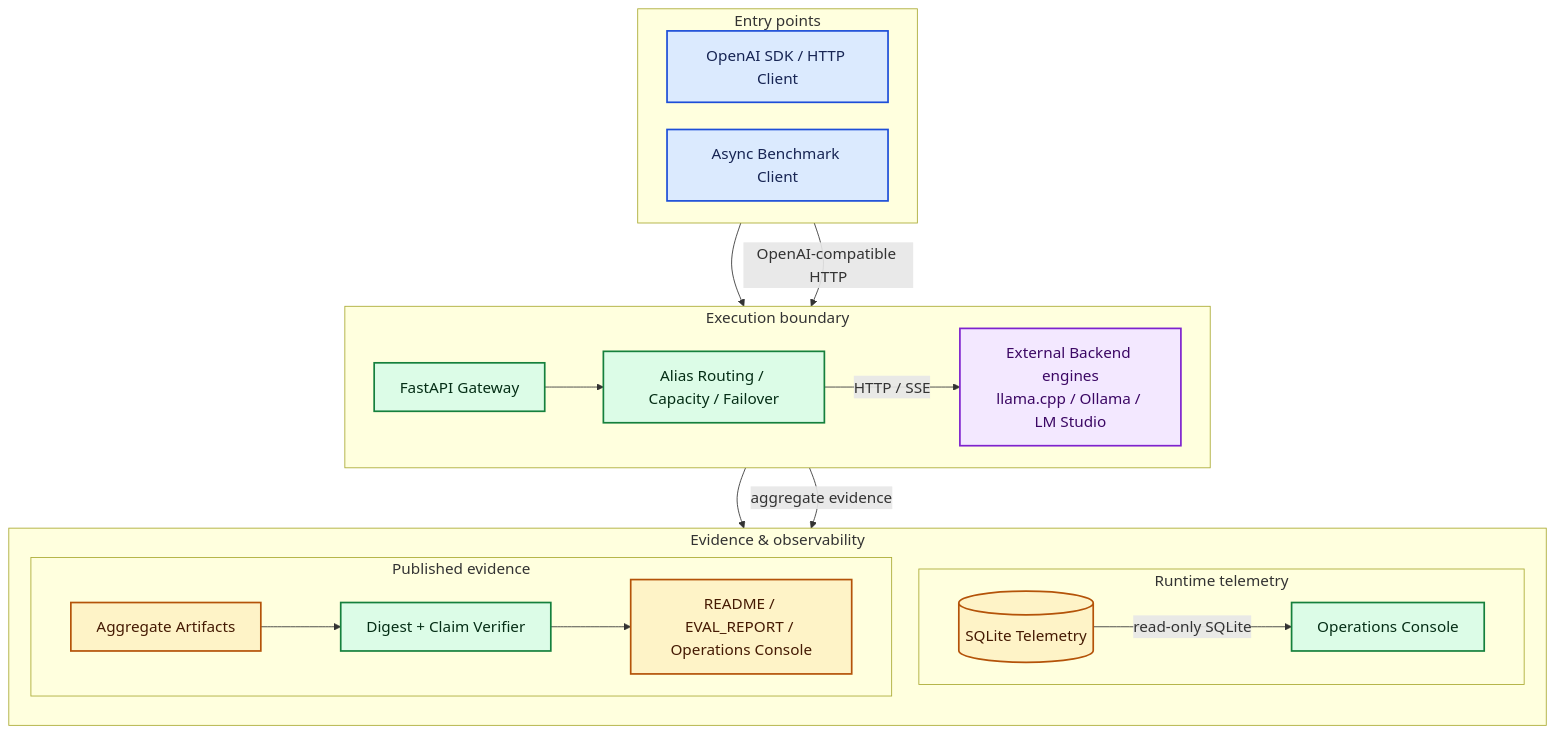
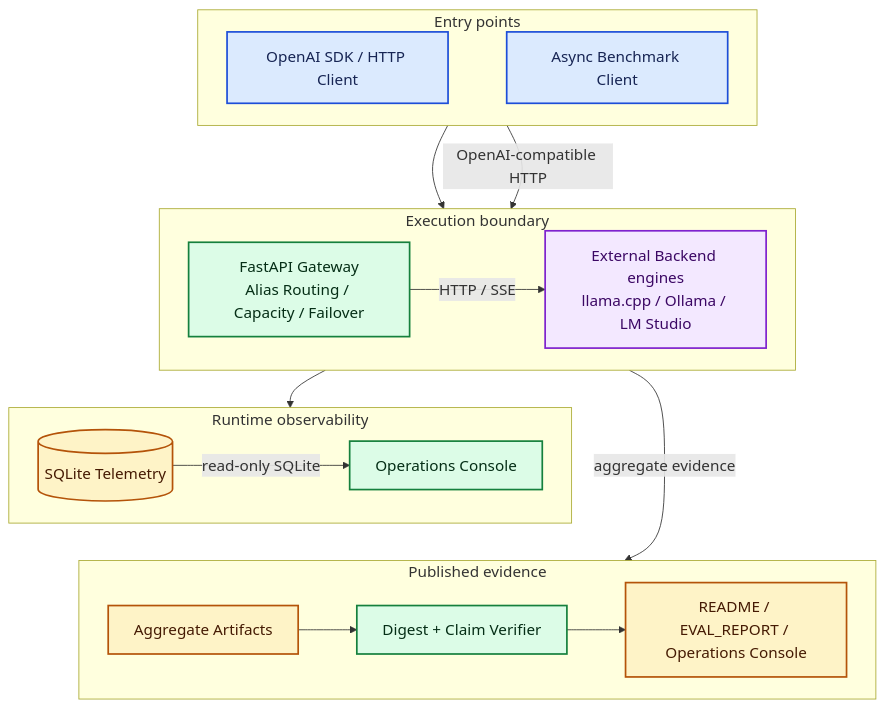
The first of 3 diagrams in README.md (kuotunyu/local-inference-bench-gateway), drawn with Mermaid before and after one commit. The commit also changed other lines of this file and 1 other file, not shown here.

Commit message:
docs: refine README diagram layout

````diff
--- a/README.md
+++ b/README.md
@@ -24,50 +24,48 @@
 ```mermaid
 %%{init: {"themeVariables": {"fontSize": "18px"}, "flowchart": {"nodeSpacing": 32, "rankSpacing": 44}}}%%
 flowchart TB
     subgraph Entry["Entry points"]
         direction LR
         Client["OpenAI SDK / HTTP Client"]
         Bench["Async Benchmark Client"]
+        Client ~~~ Bench
     end
 
     subgraph Execution["Execution boundary"]
         direction LR
-        Gateway["FastAPI Gateway"]
-        Policy["Alias Routing / Capacity / Failover"]
+        Gateway["FastAPI Gateway<br/>Alias Routing / Capacity / Failover"]
         Engines["External Backend engines<br/>llama.cpp / Ollama / LM Studio"]
     end
 
-    subgraph Evidence["Evidence & observability"]
-        direction TB
-        subgraph RuntimeEvidence["Runtime telemetry"]
-            direction LR
-            Telemetry[("SQLite Telemetry")]
-            Console["Operations Console"]
-        end
-        subgraph PublishedEvidence["Published evidence"]
-            direction LR
-            Aggregates["Aggregate Artifacts"]
-            Verifier["Digest + Claim Verifier"]
-            Surfaces["README / EVAL_REPORT / Operations Console"]
-        end
+    subgraph Observability["Runtime observability"]
+        direction LR
+        Telemetry[("SQLite Telemetry")]
+        Console["Operations Console"]
+    end
+
+    subgraph Evidence["Published evidence"]
+        direction LR
+        Aggregates["Aggregate Artifacts"]
+        Verifier["Digest + Claim Verifier"]
+        Surfaces["README / EVAL_REPORT / Operations Console"]
     end
 
     Client --> Gateway
-    Gateway --> Policy
-    Policy -->|"HTTP / SSE"| Engines
+    Gateway -->|"HTTP / SSE"| Engines
     Bench -->|"OpenAI-compatible HTTP"| Engines
     Gateway --> Telemetry
     Telemetry -->|"read-only SQLite"| Console
     Engines -->|"aggregate evidence"| Aggregates
     Aggregates --> Verifier
     Verifier --> Surfaces
+    Console ~~~ Aggregates
 
     classDef actor fill:#DBEAFE,stroke:#1D4ED8,stroke-width:2px,color:#172554;
     classDef runtime fill:#DCFCE7,stroke:#15803D,stroke-width:2px,color:#052E16;
     classDef data fill:#FEF3C7,stroke:#B45309,stroke-width:2px,color:#451A03;
     classDef external fill:#F3E8FF,stroke:#7E22CE,stroke-width:2px,color:#3B0764;
     class Client,Bench actor;
-    class Gateway,Policy,Console,Verifier runtime;
+    class Gateway,Console,Verifier runtime;
     class Telemetry,Aggregates,Surfaces data;
     class Engines external;
 ```
````
